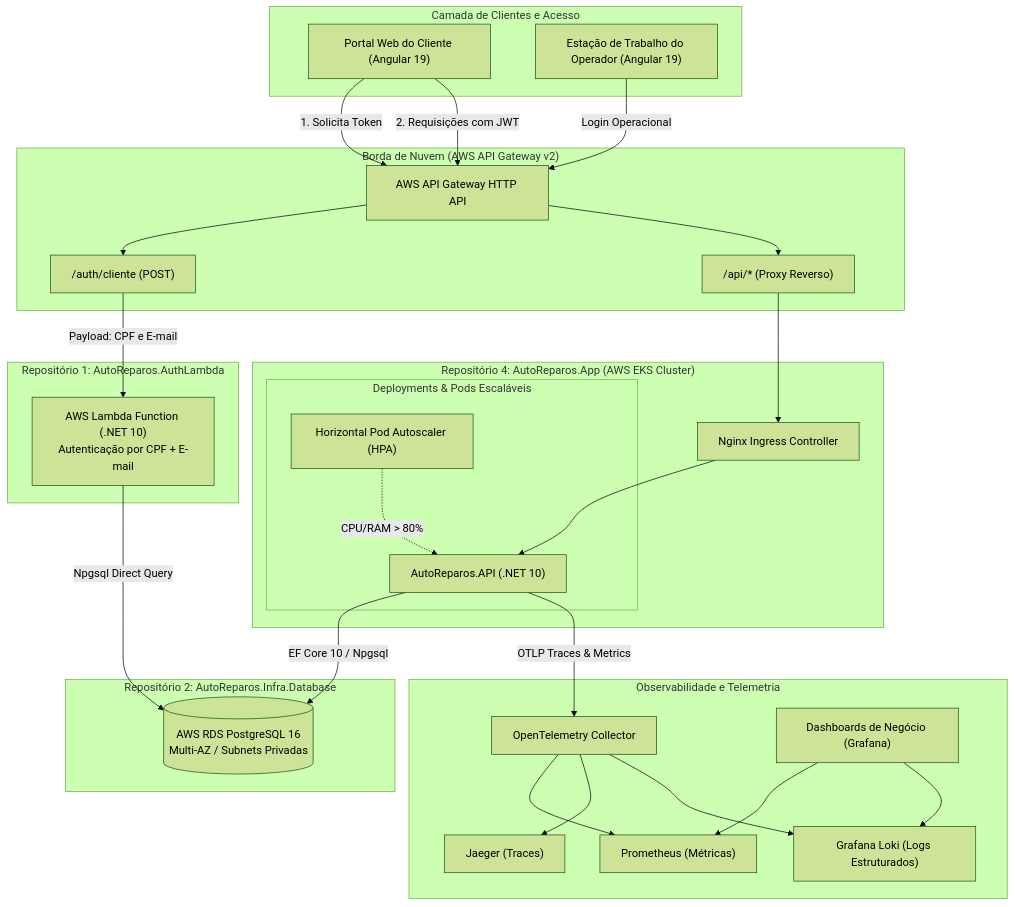
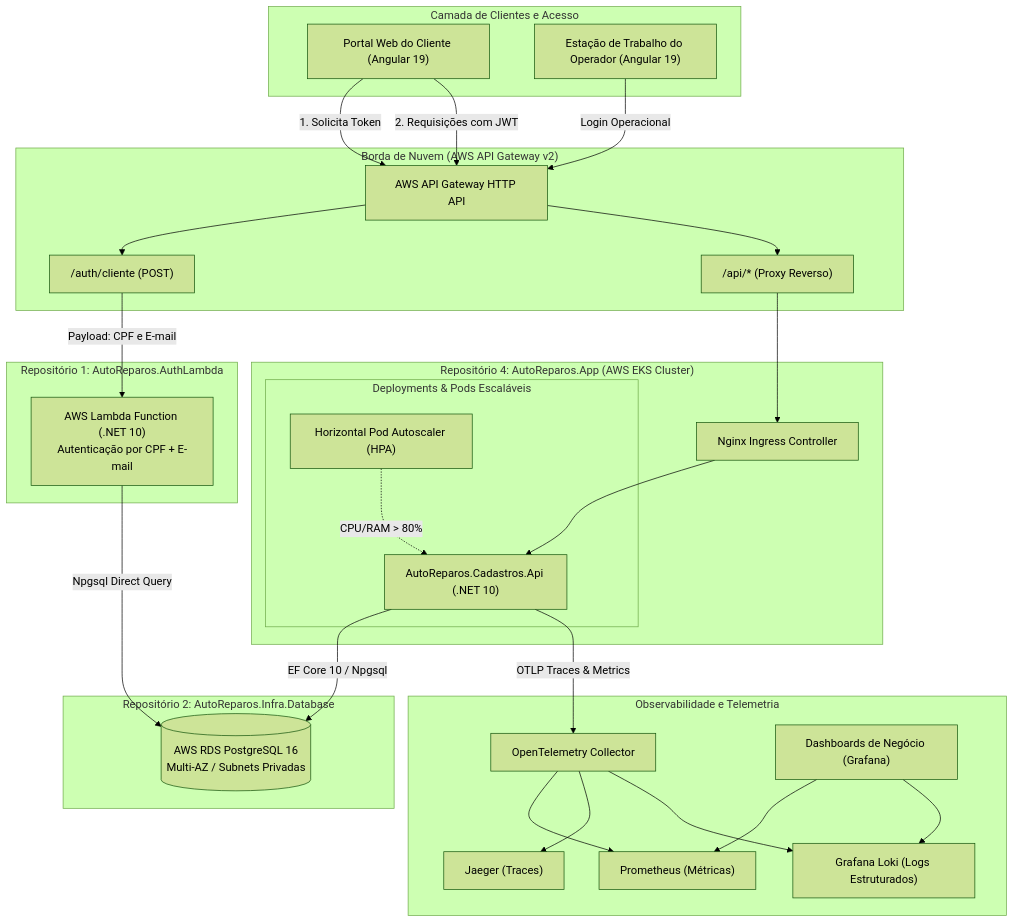
The first of 4 diagrams in README.md (Grupo78-PosTech-15SOAT/AutoReparos), drawn with Mermaid (forest theme) before and after one commit. The commit also changed other lines of this file and 12 other files, not shown here.

````diff
--- a/README.md
+++ b/README.md
@@ -165,53 +165,53 @@
 ```mermaid
 graph TB
     subgraph Clients["Camada de Clientes e Acesso"]
         Browser["Portal Web do Cliente (Angular 19)"]
         Operator["Estação de Trabalho do Operador (Angular 19)"]
     end
 
     subgraph Edge["Borda de Nuvem (AWS API Gateway v2)"]
         APIGW["AWS API Gateway HTTP API"]
         RouteAuth["/auth/cliente (POST)"]
         RouteCore["/api/* (Proxy Reverso)"]
         APIGW --> RouteAuth
         APIGW --> RouteCore
     end
 
     subgraph ServerlessModule["Repositório 1: AutoReparos.AuthLambda"]
         Lambda["AWS Lambda Function (.NET 10)<br/>Autenticação por CPF + E-mail"]
         RouteAuth -->|"Payload: CPF e E-mail"| Lambda
     end
 
     subgraph AppCluster["Repositório 4: AutoReparos.App (AWS EKS Cluster)"]
         Ingress["Nginx Ingress Controller"]
         RouteCore --> Ingress
         
         subgraph Pods["Deployments & Pods Escaláveis"]
-            APIService["AutoReparos.API (.NET 10)"]
+            APIService["AutoReparos.Cadastros.Api (.NET 10)"]
             HPA["Horizontal Pod Autoscaler (HPA)"]
             HPA -.->|CPU/RAM > 80%| APIService
         end
         Ingress --> APIService
     end
 
     subgraph DatabaseModule["Repositório 2: AutoReparos.Infra.Database"]
         RDS[("AWS RDS PostgreSQL 16<br/>Multi-AZ / Subnets Privadas")]
         Lambda -->|Npgsql Direct Query| RDS
         APIService -->|EF Core 10 / Npgsql| RDS
     end
 
     subgraph Observability["Observabilidade e Telemetria"]
         OTel["OpenTelemetry Collector"]
         APIService -->|OTLP Traces & Metrics| OTel
         OTel --> Prom["Prometheus (Métricas)"]
         OTel --> Jaeger["Jaeger (Traces)"]
         OTel --> Loki["Grafana Loki (Logs Estruturados)"]
         Grafana["Dashboards de Negócio (Grafana)"]
         Grafana --> Prom
         Grafana --> Loki
     end
 
     Browser -->|1. Solicita Token| APIGW
     Browser -->|2. Requisições com JWT| APIGW
     Operator -->|Login Operacional| APIGW
 ```
````
